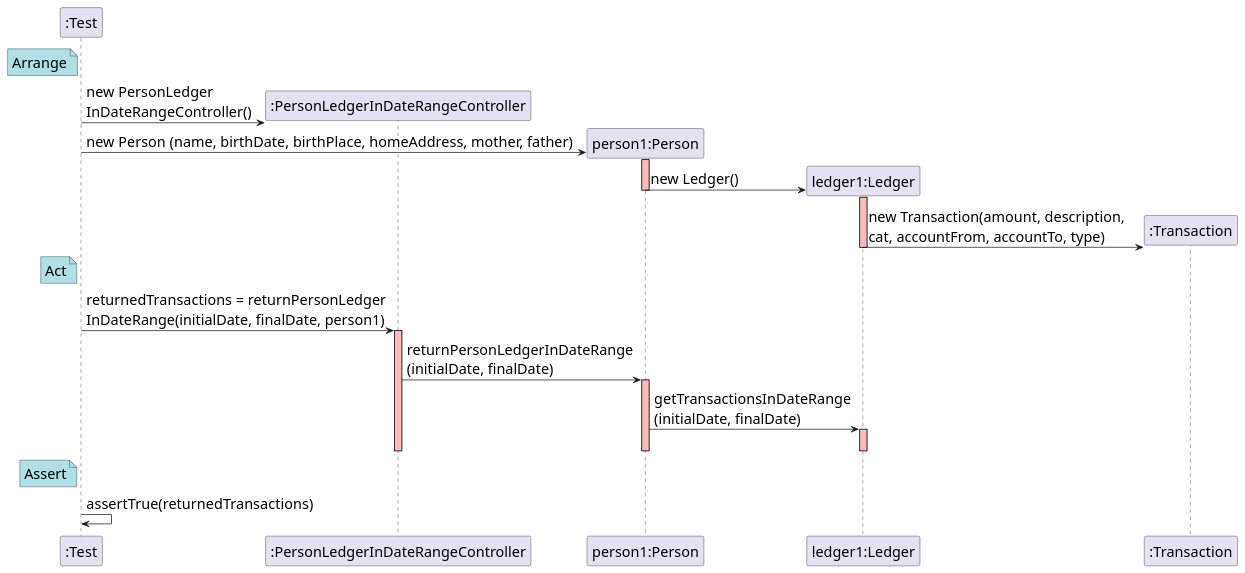
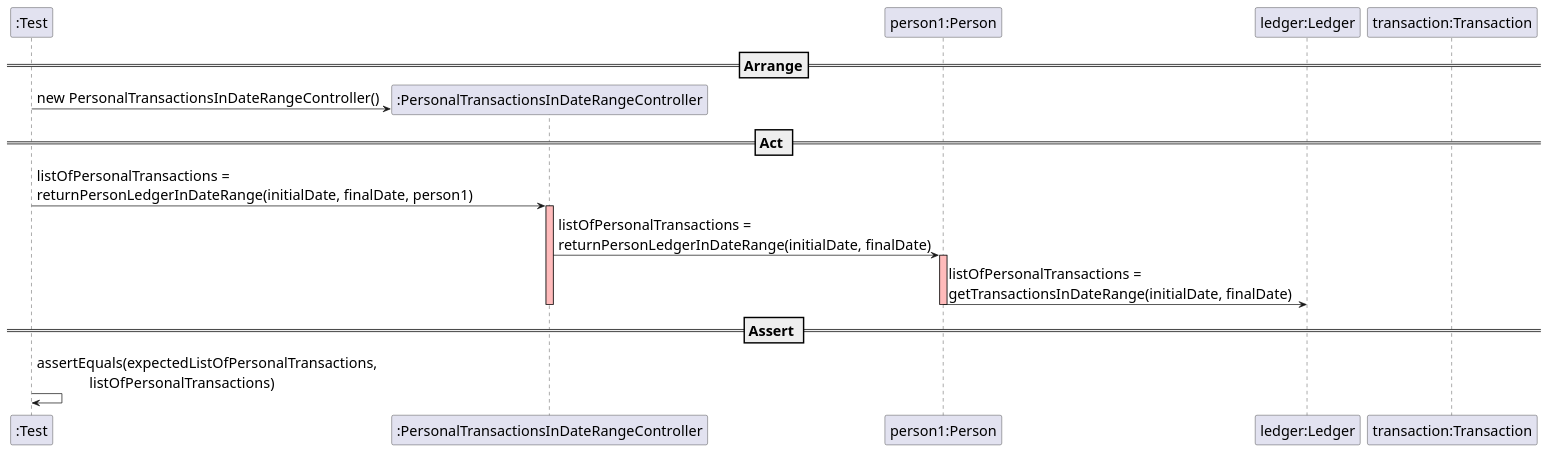
The diagram in docs/SequenceDiagram - US011.puml (mleitaoribeiro/DevOpsMaven), drawn with PlantUML before and after one commit. The commit also changed 1 other file, not shown here.

Commit message:
ref #510 validated and updated SD related to US011 and changed test variables names in controllerTest so they can match.

```diff
--- a/docs/SequenceDiagram - US011.puml
+++ b/docs/SequenceDiagram - US011.puml
@@ -1,49 +1,35 @@
 @startuml
 
 skinparam DefaultFontSize 20
+create ":Test"
 
-participant ":Test"
-note left of ":Test" #powderblue
-	Arrange
-end note
+==Arrange==
 
-create ":PersonLedgerInDateRangeController"
-":Test" -> ":PersonLedgerInDateRangeController" : new PersonLedger\nInDateRangeController()
+create ":PersonalTransactionsInDateRangeController"
+":Test" -> ":PersonalTransactionsInDateRangeController" : new PersonalTransactionsInDateRangeController()
 
-create "person1:Person"
-":Test" -> "person1:Person" : new Person (name, birthDate, birthPlace, homeAddress, mother, father)
-activate "person1:Person" #FFBBBB
+participant "person1:Person"
 
-create "ledger1:Ledger"
-"person1:Person" -> "ledger1:Ledger" : new Ledger()
-deactivate "person1:Person" #FFBBBB
-activate "ledger1:Ledger" #FFBBBB
+participant "ledger:Ledger"
 
-create ":Transaction"
-"ledger1:Ledger" -> ":Transaction" : new Transaction(amount, description, \ncat, accountFrom, accountTo, type)
-deactivate "ledger1:Ledger" #FFBBBB
+participant "transaction:Transaction"
 
-note left of ":Test" #powderblue
-	Act
-end note
 
-":Test" -> ":PersonLedgerInDateRangeController" : returnedTransactions = returnPersonLedger\nInDateRange(initialDate, finalDate, person1)
-activate ":PersonLedgerInDateRangeController" #FFBBBB
+== Act ==
 
-":PersonLedgerInDateRangeController" -> "person1:Person" : returnPersonLedgerInDateRange\n(initialDate, finalDate)
-activate "person1:Person" #FFBBBB
+":Test" -> ":PersonalTransactionsInDateRangeController" : listOfPersonalTransactions = \nreturnPersonLedgerInDateRange(initialDate, finalDate, person1)
+activate ":PersonalTransactionsInDateRangeController"  #FFBBBB
 
-"person1:Person" -> "ledger1:Ledger" : getTransactionsInDateRange\n(initialDate, finalDate)
-activate "ledger1:Ledger" #FFBBBB
+":PersonalTransactionsInDateRangeController" -> "person1:Person" :listOfPersonalTransactions = \nreturnPersonLedgerInDateRange(initialDate, finalDate)
+activate "person1:Person"  #FFBBBB
 
-deactivate "ledger1:Ledger" #FFBBBB
-deactivate "person1:Person" #FFBBBB
-deactivate ":PersonLedgerInDateRangeController" #FFBBBB
+"person1:Person" -> "ledger:Ledger": listOfPersonalTransactions = \ngetTransactionsInDateRange(initialDate, finalDate)
+deactivate "person1:Person"  #FFBBBB
+deactivate ":PersonalTransactionsInDateRangeController"  #FFBBBB
 
-note left of ":Test" #powderblue
-	Assert
-end note
+== Assert ==
 
-":Test" -> ":Test" : assertTrue(returnedTransactions)
+":Test" -> ":Test" : assertEquals(expectedListOfPersonalTransactions, \n              listOfPersonalTransactions)
+
 
 @enduml
```
